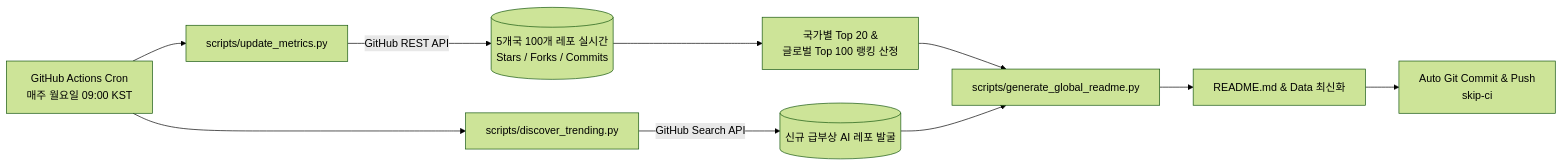
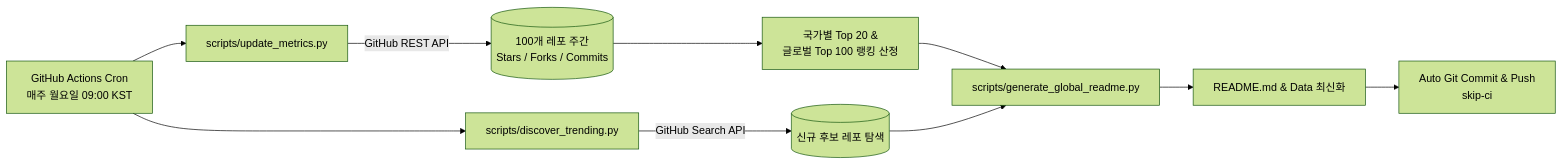
One commit to daeryundf2-prog/awesome-global-ai-vault changed the diagram in README.md. Above: the diagram before and after it, drawn with Mermaid (forest theme). The commit also changed other lines of this file and 1 other file, not shown here.

````diff
--- a/README.md
+++ b/README.md
@@ -319,12 +319,12 @@
 ```mermaid
 flowchart LR
     A[GitHub Actions Cron<br>매주 월요일 09:00 KST] --> B[scripts/update_metrics.py]
-    B -->|GitHub REST API| C[(5개국 100개 레포 실시간<br>Stars / Forks / Commits)]
+    B -->|GitHub REST API| C[(100개 레포 주간<br>Stars / Forks / Commits)]
     C --> D[국가별 Top 20 &<br>글로벌 Top 100 랭킹 산정]
     A --> E[scripts/discover_trending.py]
-    E -->|GitHub Search API| F[(신규 급부상 AI 레포 발굴)]
+    E -->|GitHub Search API| F[(신규 후보 레포 탐색)]
     D --> G[scripts/generate_global_readme.py]
     F --> G
     G --> H[README.md & Data 최신화]
     H --> I[Auto Git Commit & Push<br>skip-ci]
 ```
````
